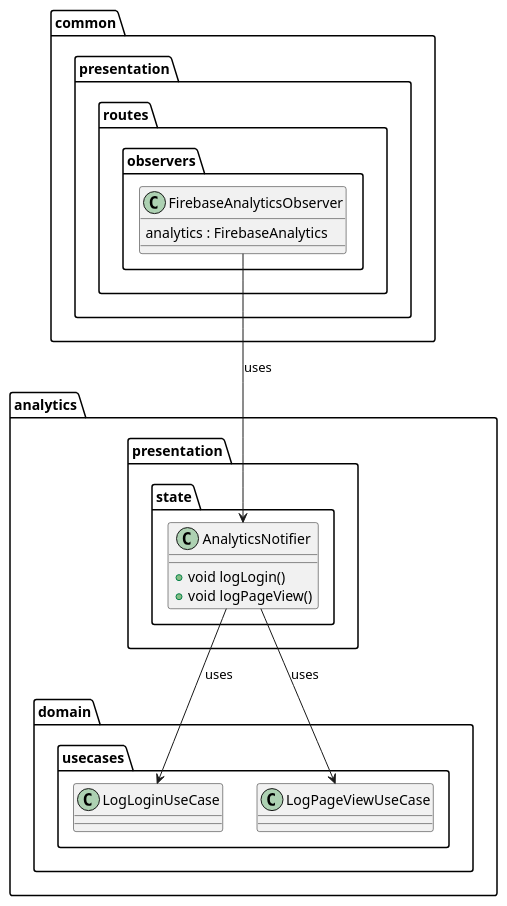
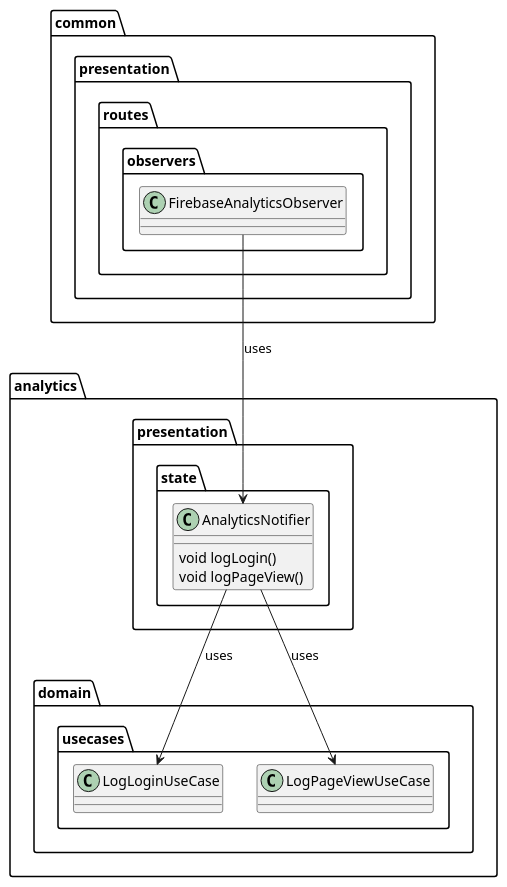
Before and after one commit to Flank/flank-dashboard: the diagram in metrics/web/docs/features/firebase_analytics/diagrams/firebase_analytics_presentation.puml, drawn with PlantUML. The commit also changed 3 other files, not shown here.

Commit message:
Improve the design document. Add sequence diagrams.

```diff
--- a/metrics/web/docs/features/firebase_analytics/diagrams/firebase_analytics_presentation.puml
+++ b/metrics/web/docs/features/firebase_analytics/diagrams/firebase_analytics_presentation.puml
@@ -1,23 +1,21 @@
 @startuml
 package analytics.presentation.state {
     class AnalyticsNotifier {
-        + void logLogin()
-        + void logPageView()
+        void logLogin()
+        void logPageView()
     }
 }
 
 package common.presentation.routes.observers {
-    class FirebaseAnalyticsObserver {
-        analytics : FirebaseAnalytics
-    }
+    class FirebaseAnalyticsObserver{}
 }
 
 package analytics.domain.usecases {
     class LogLoginUseCase{}
     class LogPageViewUseCase{}
 }
 
 AnalyticsNotifier --> LogLoginUseCase : uses
 AnalyticsNotifier --> LogPageViewUseCase : uses
 FirebaseAnalyticsObserver --> AnalyticsNotifier : uses
 @enduml
```
